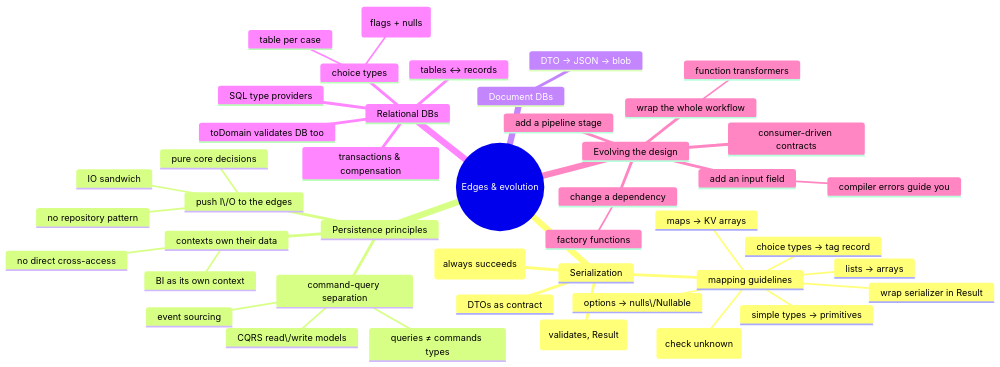
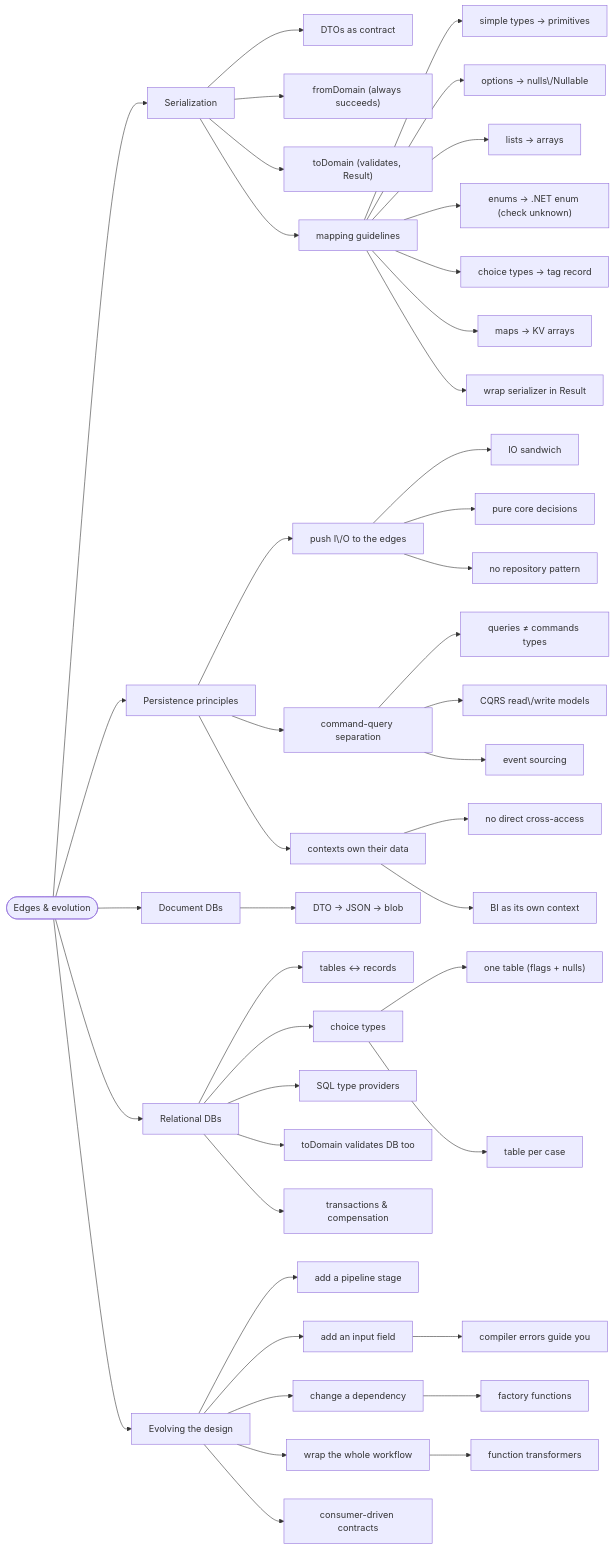
Before and after one commit to 42WASD/42wasd-community-web: the diagram in docs/knowledge/persistence-and-evolution/index.md, drawn with Mermaid. The commit also changed 13 other files, not shown here.

First line of the commit message:
Convert knowledge mindmaps to flowchart LR diagrams

````diff
--- a/docs/knowledge/persistence-and-evolution/index.md
+++ b/docs/knowledge/persistence-and-evolution/index.md
@@ -11,47 +11,90 @@
 ```mermaid
-mindmap
-  root((Edges & evolution))
-    Serialization
-      DTOs as contract
-      fromDomain (always succeeds)
-      toDomain (validates, Result)
-      mapping guidelines
-        simple types → primitives
-        options → nulls\\/Nullable
-        lists → arrays
-        enums → .NET enum (check unknown)
-        choice types → tag record
-        maps → KV arrays
-        wrap serializer in Result
-    Persistence principles
-      push I\\/O to the edges
-        IO sandwich
-        pure core decisions
-        no repository pattern
-      command-query separation
-        queries ≠ commands types
-        CQRS read\\/write models
-        event sourcing
-      contexts own their data
-        no direct cross-access
-        BI as its own context
-    Document DBs
-      DTO → JSON → blob
-    Relational DBs
-      tables ↔ records
-      choice types
-        one table (flags + nulls)
-        table per case
-      SQL type providers
-      toDomain validates DB too
-      transactions & compensation
-    Evolving the design
-      add a pipeline stage
-      add an input field
-        compiler errors guide you
-      change a dependency
-        factory functions
-      wrap the whole workflow
-        function transformers
-      consumer-driven contracts
+flowchart LR
+    n1(["Edges &amp; evolution"])
+    n2["Serialization"]
+    n3["DTOs as contract"]
+    n4["fromDomain (always succeeds)"]
+    n5["toDomain (validates, Result)"]
+    n6["mapping guidelines"]
+    n7["simple types → primitives"]
+    n8["options → nulls\/Nullable"]
+    n9["lists → arrays"]
+    n10["enums → .NET enum (check unknown)"]
+    n11["choice types → tag record"]
+    n12["maps → KV arrays"]
+    n13["wrap serializer in Result"]
+    n14["Persistence principles"]
+    n15["push I\/O to the edges"]
+    n16["IO sandwich"]
+    n17["pure core decisions"]
+    n18["no repository pattern"]
+    n19["command-query separation"]
+    n20["queries ≠ commands types"]
+    n21["CQRS read\/write models"]
+    n22["event sourcing"]
+    n23["contexts own their data"]
+    n24["no direct cross-access"]
+    n25["BI as its own context"]
+    n26["Document DBs"]
+    n27["DTO → JSON → blob"]
+    n28["Relational DBs"]
+    n29["tables ↔ records"]
+    n30["choice types"]
+    n31["one table (flags + nulls)"]
+    n32["table per case"]
+    n33["SQL type providers"]
+    n34["toDomain validates DB too"]
+    n35["transactions &amp; compensation"]
+    n36["Evolving the design"]
+    n37["add a pipeline stage"]
+    n38["add an input field"]
+    n39["compiler errors guide you"]
+    n40["change a dependency"]
+    n41["factory functions"]
+    n42["wrap the whole workflow"]
+    n43["function transformers"]
+    n44["consumer-driven contracts"]
+    n1 --> n2
+    n2 --> n3
+    n2 --> n4
+    n2 --> n5
+    n2 --> n6
+    n6 --> n7
+    n6 --> n8
+    n6 --> n9
+    n6 --> n10
+    n6 --> n11
+    n6 --> n12
+    n6 --> n13
+    n1 --> n14
+    n14 --> n15
+    n15 --> n16
+    n15 --> n17
+    n15 --> n18
+    n14 --> n19
+    n19 --> n20
+    n19 --> n21
+    n19 --> n22
+    n14 --> n23
+    n23 --> n24
+    n23 --> n25
+    n1 --> n26
+    n26 --> n27
+    n1 --> n28
+    n28 --> n29
+    n28 --> n30
+    n30 --> n31
+    n30 --> n32
+    n28 --> n33
+    n28 --> n34
+    n28 --> n35
+    n1 --> n36
+    n36 --> n37
+    n36 --> n38
+    n38 --> n39
+    n36 --> n40
+    n40 --> n41
+    n36 --> n42
+    n42 --> n43
+    n36 --> n44
 ```
````
